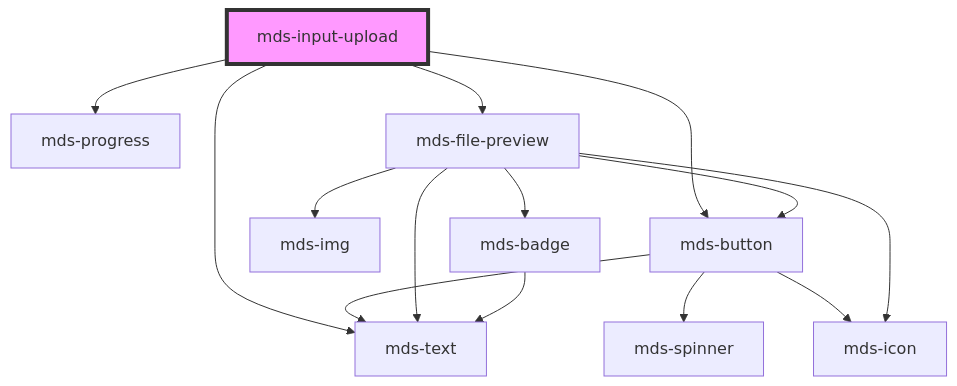
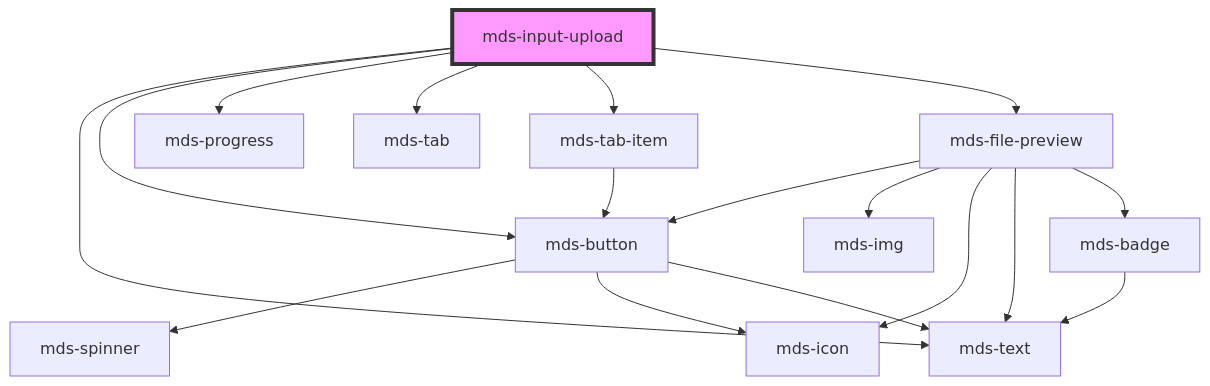
The diagram in projects/stencil/src/components/mds-input-upload/readme.md (magma-design-system/magma), drawn with Mermaid before and after one commit. The commit also changed other lines of this file and 9 other files, not shown here.

Commit message:
feat(mds-input-upload): add sort attribute

````diff
--- a/projects/stencil/src/components/mds-input-upload/readme.md
+++ b/projects/stencil/src/components/mds-input-upload/readme.md
@@ -40,17 +43,20 @@
 ```mermaid
 graph TD;
   mds-input-upload --> mds-text
   mds-input-upload --> mds-button
   mds-input-upload --> mds-progress
+  mds-input-upload --> mds-tab
+  mds-input-upload --> mds-tab-item
   mds-input-upload --> mds-file-preview
   mds-button --> mds-spinner
   mds-button --> mds-icon
   mds-button --> mds-text
+  mds-tab-item --> mds-button
   mds-file-preview --> mds-button
   mds-file-preview --> mds-img
   mds-file-preview --> mds-icon
   mds-file-preview --> mds-text
   mds-file-preview --> mds-badge
   mds-badge --> mds-text
   style mds-input-upload fill:#f9f,stroke:#333,stroke-width:4px
 ```
````
